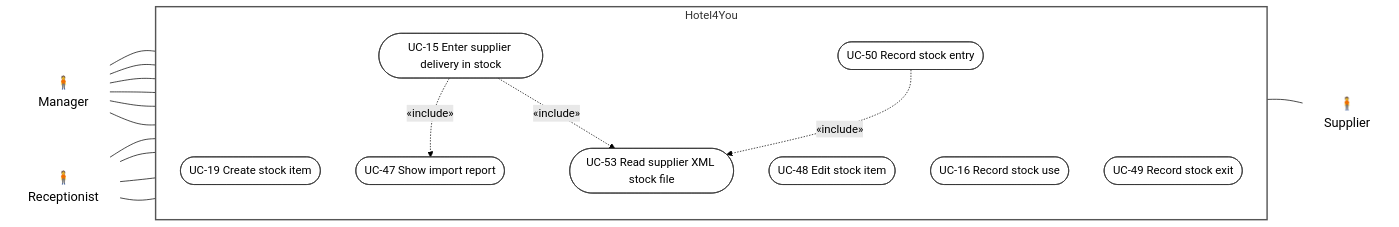
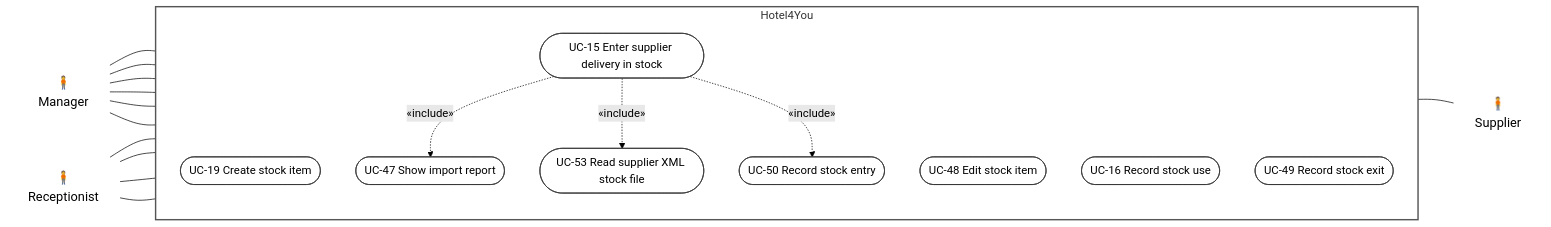
Before and after one commit to BorjaTiago/hotel4you: the seventh of 7 diagrams in docs/uml/use-cases.md, drawn with Mermaid (forest theme). The commit also changed other lines of this file and 2 other files, not shown here.

Commit message:
H4Y-7 keep UC-50 as manual entry and include it from UC-15

````diff
--- a/docs/uml/use-cases.md
+++ b/docs/uml/use-cases.md
@@ -273,42 +273,42 @@
 ```mermaid
 flowchart LR
   %% Requirements: RF-28, RF-29. Decisions: Q-10, Q-17, Q-21, Q-34, Q-38, PR #20 decision (2026-10-21).
   Manager["🧍<br/>Manager"]:::actor
   Receptionist["🧍<br/>Receptionist"]:::actor
 
   subgraph Hotel4You["Hotel4You"]
     direction TB
     UC19(["UC-19 Create stock item"]):::uc
     UC48(["UC-48 Edit stock item"]):::uc
     UC15(["UC-15 Enter supplier delivery in stock"]):::uc
     UC47(["UC-47 Show import report"]):::uc
     UC50(["UC-50 Record stock entry"]):::uc
     UC53(["UC-53 Read supplier XML stock file"]):::uc
     UC16(["UC-16 Record stock use"]):::uc
     UC49(["UC-49 Record stock exit"]):::uc
   end
 
   Supplier["🧍<br/>Supplier"]:::actor
 
   Manager --- UC19
   Manager --- UC48
   Manager --- UC15
   Receptionist --- UC15
   Manager --- UC50
   Receptionist --- UC50
   Manager --- UC16
   Receptionist --- UC16
   Manager --- UC49
   Receptionist --- UC49
   UC15 --- Supplier
   UC47 ~~~ Supplier
 
   UC15 -.->|"«include»"| UC47
   UC15 -.->|"«include»"| UC53
-  UC50 -.->|"«include»"| UC53
+  UC15 -.->|"«include»"| UC50
   UC53 ~~~ Supplier
 
   classDef actor fill:none,stroke:none,font-size:18px
   classDef uc fill:#ffffff,stroke:#333333,color:#000000
   style Hotel4You fill:none,stroke:#555555,stroke-width:2px
 ```
````
